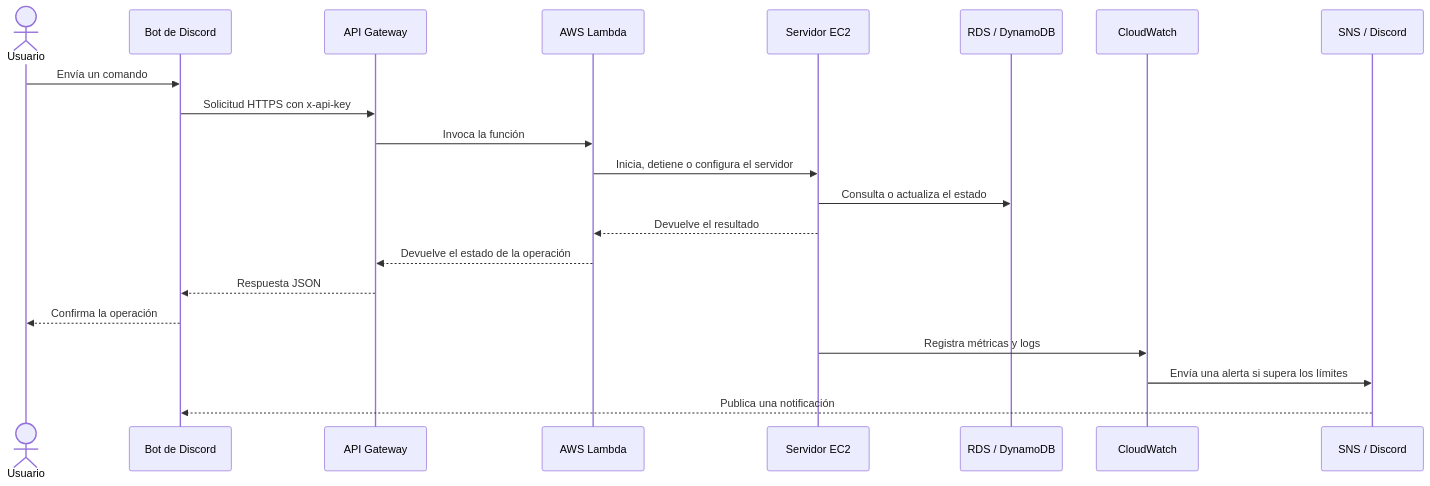
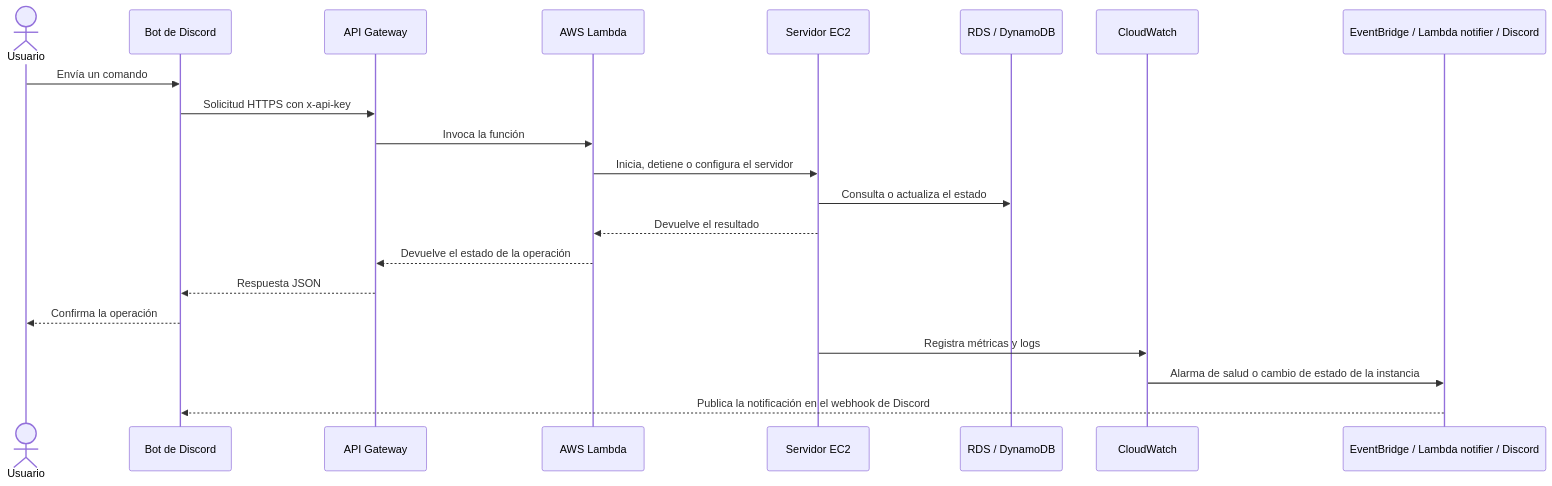
The second of 3 diagrams in docs/architecture.md (CandeGP/AwsInstancesBot), drawn with Mermaid before and after one commit. The commit also changed other lines of this file and 22 other files, not shown here.

````diff
--- a/docs/architecture.md
+++ b/docs/architecture.md
@@ -28,24 +28,24 @@
 ```mermaid
 sequenceDiagram
 	actor Usuario
 	participant Bot as Bot de Discord
 	participant API as API Gateway
 	participant Lambda as AWS Lambda
 	participant EC2 as Servidor EC2
 	participant BD as RDS / DynamoDB
 	participant CW as CloudWatch
-	participant SNS as SNS / Discord
+	participant SNS as EventBridge / Lambda notifier / Discord
 
 	Usuario->>Bot: Envía un comando
 	Bot->>API: Solicitud HTTPS con x-api-key
 	API->>Lambda: Invoca la función
 	Lambda->>EC2: Inicia, detiene o configura el servidor
 	EC2->>BD: Consulta o actualiza el estado
 	EC2-->>Lambda: Devuelve el resultado
 	Lambda-->>API: Devuelve el estado de la operación
 	API-->>Bot: Respuesta JSON
 	Bot-->>Usuario: Confirma la operación
 	EC2->>CW: Registra métricas y logs
-	CW->>SNS: Envía una alerta si supera los límites
-	SNS-->>Bot: Publica una notificación
+	CW->>SNS: Alarma de salud o cambio de estado de la instancia
+	SNS-->>Bot: Publica la notificación en el webhook de Discord
 ```
````
